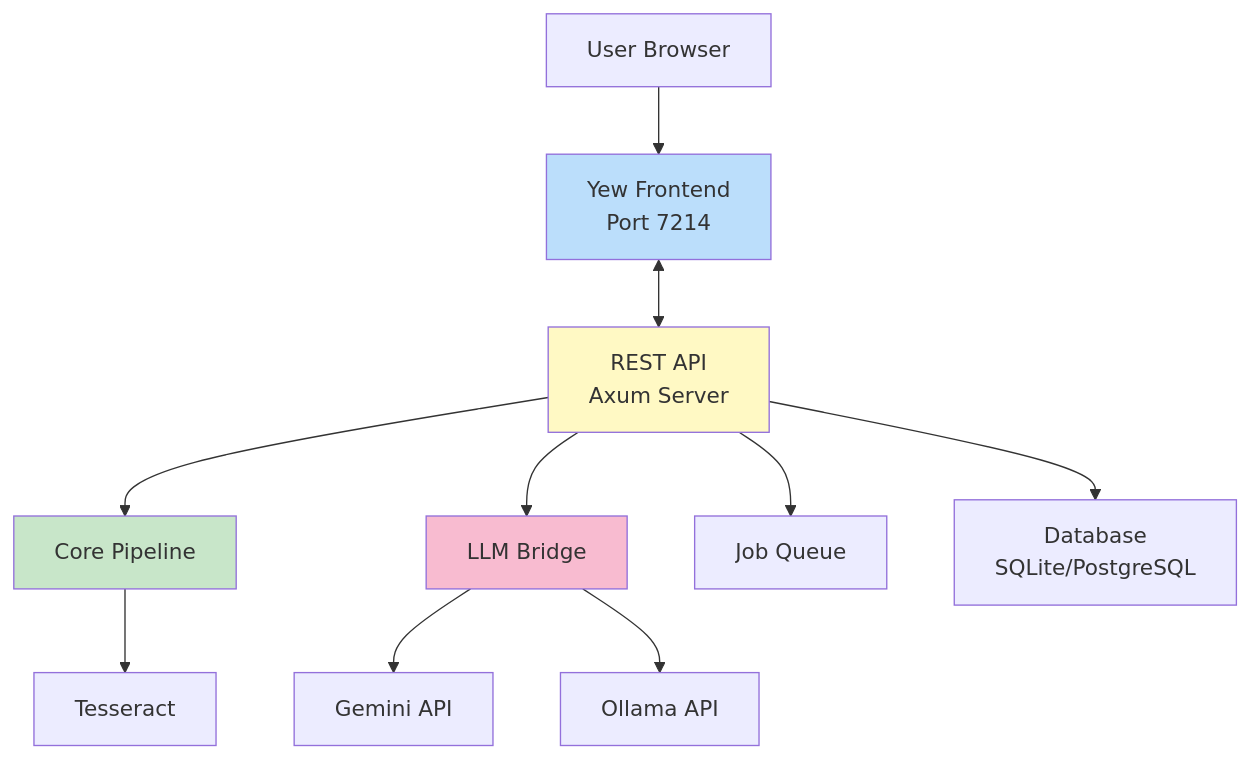
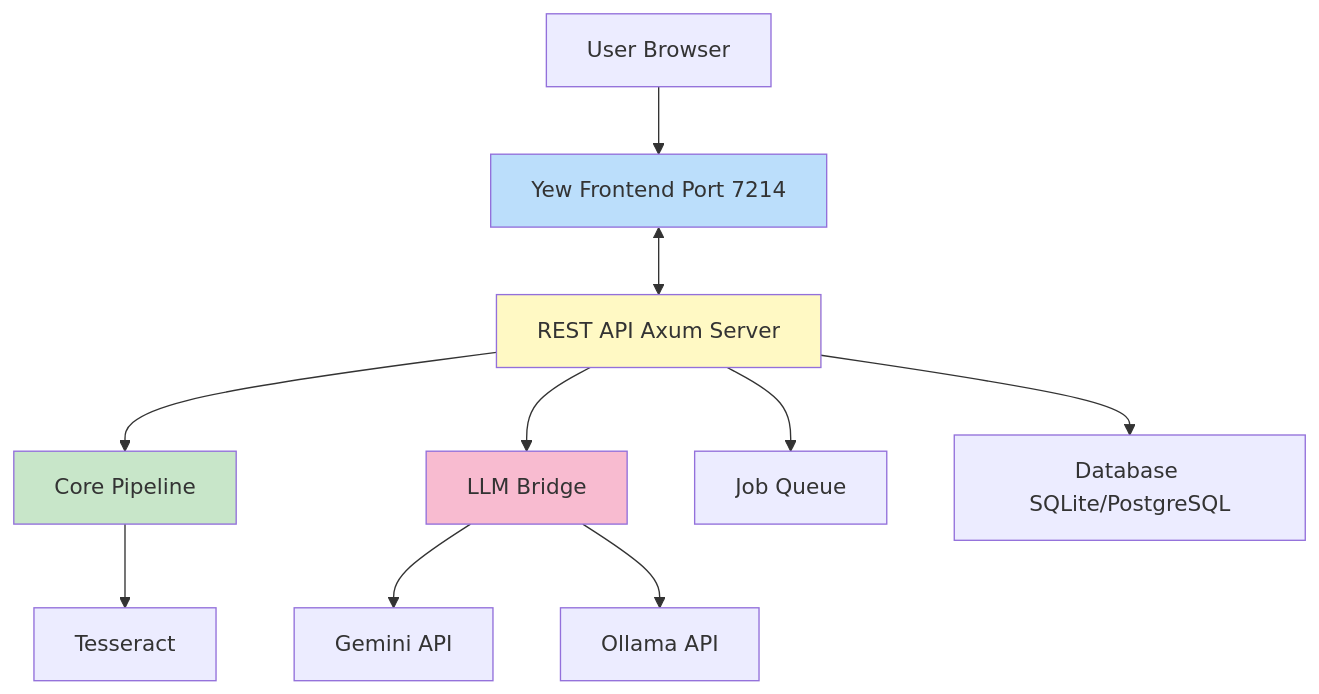
One commit to softwarewrighter/scan3data changed the fourth of 4 diagrams in wiki/Deployment-Modes.md. Above: the diagram before and after it, drawn with Mermaid. The commit also changed other lines of this file and 6 other files, not shown here.

First line of the commit message:
Fix wiki Mermaid diagrams: remove <br/> tags

````diff
--- a/wiki/Deployment-Modes.md
+++ b/wiki/Deployment-Modes.md
@@ -219,18 +219,18 @@
 ```mermaid
 graph TB
-    USER[User Browser] --> UI[Yew Frontend<br/>Port 7214]
-    UI <--> API[REST API<br/>Axum Server]
+    USER[User Browser] --> UI[Yew Frontend Port 7214]
+    UI <--> API[REST API Axum Server]
     API --> CORE[Core Pipeline]
     API --> LLM[LLM Bridge]
     API --> QUEUE[Job Queue]
-    API --> DB[Database<br/>SQLite/PostgreSQL]
+    API --> DB[Database SQLite/PostgreSQL]
 
     CORE --> TESS[Tesseract]
     LLM --> GEM[Gemini API]
     LLM --> OLL[Ollama API]
 
     style UI fill:#bbdefb
     style API fill:#fff9c4
     style CORE fill:#c8e6c9
     style LLM fill:#f8bbd0
 ```
````
